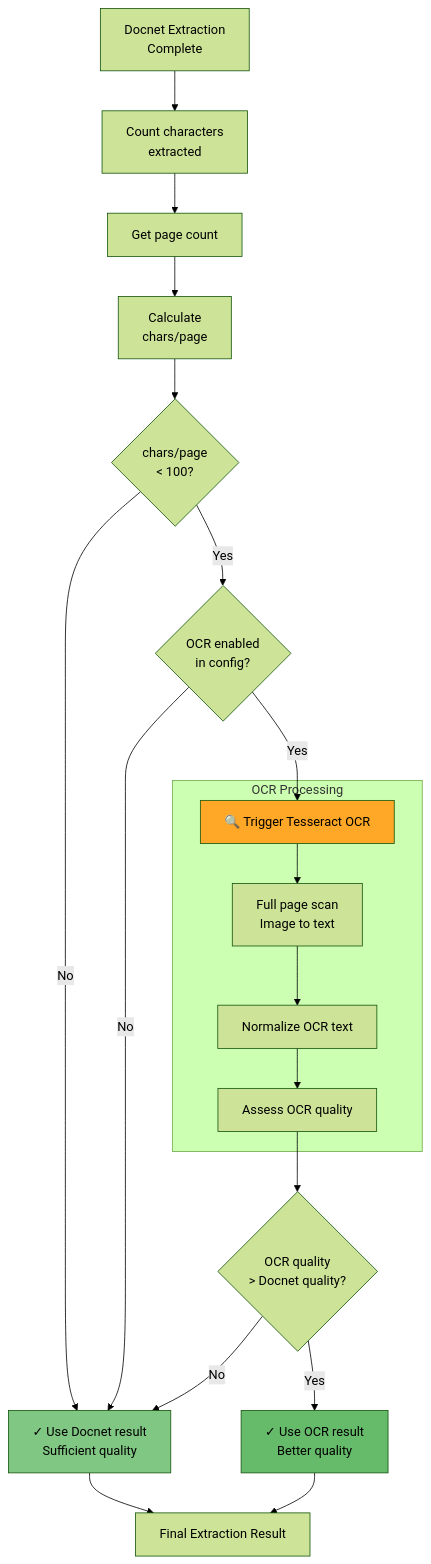
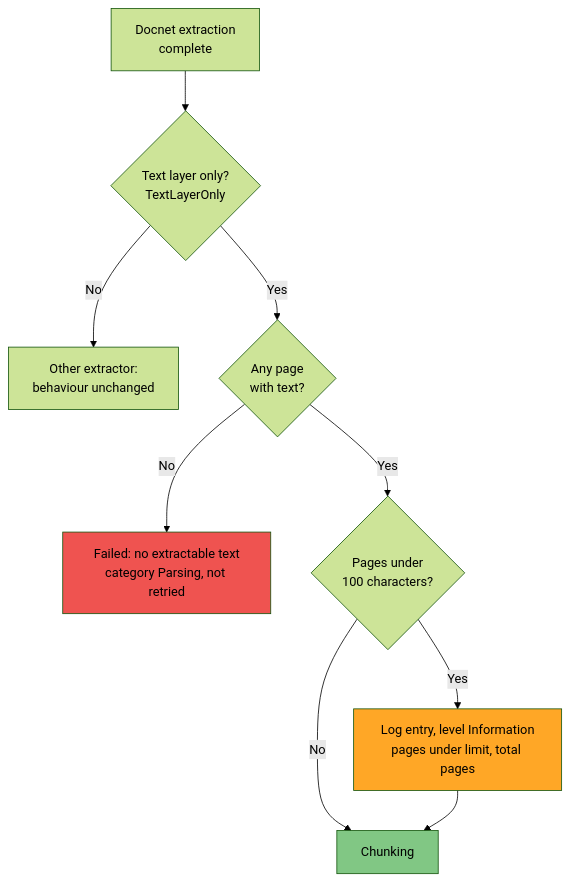
One commit to meepleAi-app/meepleai-monorepo changed the fifth of 8 diagrams in docs/for-claude/architecture/diagrams/pdf-pipeline-detailed.md. Above: the diagram before and after it, drawn with Mermaid (forest theme). The commit also changed other lines of this file and 24 other files, not shown here.

First line of the commit message:
refactor(pdf): via l'OCR di ripiego di Docnet (#4437) (#4928)

````diff
--- a/docs/for-claude/architecture/diagrams/pdf-pipeline-detailed.md
+++ b/docs/for-claude/architecture/diagrams/pdf-pipeline-detailed.md
@@ -255,36 +251,20 @@
 ```mermaid
 flowchart TD
-    Docnet[Docnet Extraction<br/>Complete] --> Chars[Count characters<br/>extracted]
+    Docnet[Docnet extraction<br/>complete] --> Layer{Text layer only?<br/>TextLayerOnly}
 
-    Chars --> Pages[Get page count]
+    Layer -->|No| Other[Other extractor:<br/>behaviour unchanged]
 
-    Pages --> Calc[Calculate<br/>chars/page]
+    Layer -->|Yes| Any{Any page<br/>with text?}
 
-    Calc --> Threshold{chars/page<br/>< 100?}
+    Any -->|No| Scan[Failed: no extractable text<br/>category Parsing, not retried]
 
-    Threshold -->|No| UseDocnet[✓ Use Docnet result<br/>Sufficient quality]
+    Any -->|Yes| Short{Pages under<br/>100 characters?}
 
-    Threshold -->|Yes| CheckOCR{OCR enabled<br/>in config?}
+    Short -->|Yes| Info[Log entry, level Information<br/>pages under limit, total pages]
+    Short -->|No| Go[Chunking]
+    Info --> Go
 
-    CheckOCR -->|No| UseDocnet
-
-    CheckOCR -->|Yes| TriggerOCR[🔍 Trigger Tesseract OCR]
-
-    subgraph "OCR Processing"
-        TriggerOCR --> OCRScan[Full page scan<br/>Image to text]
-        OCRScan --> OCRNormalize[Normalize OCR text]
-        OCRNormalize --> OCRQuality[Assess OCR quality]
-    end
-
-    OCRQuality --> Compare{OCR quality<br/>> Docnet quality?}
-
-    Compare -->|Yes| UseOCR[✓ Use OCR result<br/>Better quality]
-    Compare -->|No| UseDocnet
-
-    UseDocnet --> Output[Final Extraction Result]
-    UseOCR --> Output
-
-    style TriggerOCR fill:#ffa726,color:#000
-    style UseOCR fill:#66bb6a,color:#000
-    style UseDocnet fill:#81c784,color:#000
+    style Scan fill:#ef5350,color:#000
+    style Info fill:#ffa726,color:#000
+    style Go fill:#81c784,color:#000
 ```
````
